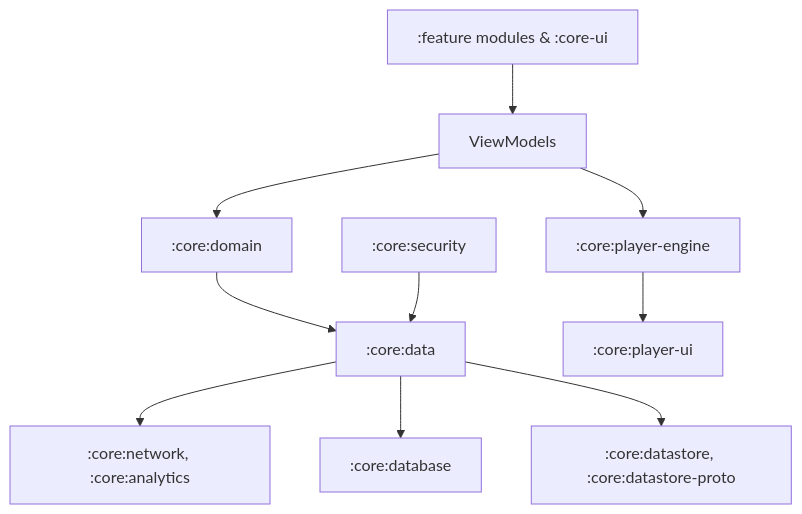
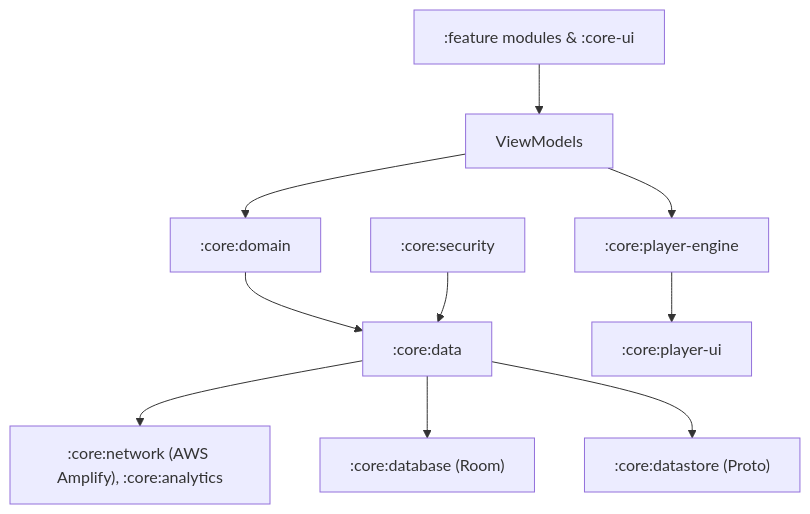
One commit to harrykibet/RealEstateApp-Android changed the first of 5 diagrams in docs/ARCHITECTURE.md. Above: the diagram before and after it, drawn with Mermaid. The commit also changed other lines of this file and 7 other files, not shown here.

````diff
--- a/docs/ARCHITECTURE.md
+++ b/docs/ARCHITECTURE.md
@@ -5,9 +3,9 @@
 ```mermaid
 flowchart TD
-    UI[":feature modules & :core-ui"] --> VM["ViewModels"] --> Domain[":core:domain"] --> Repos[":core:data"] --> Services[":core:network, :core:analytics"]
-    Repos --> Database[":core:database"]
-    Repos --> Storage[":core:datastore, :core:datastore-proto"]
+    UI[":feature modules & :core-ui"] --> VM["ViewModels"] --> Domain[":core:domain"] --> Repos[":core:data"] --> Services[":core:network (AWS Amplify), :core:analytics"]
+    Repos --> Database[":core:database (Room)"]
+    Repos --> Storage[":core:datastore (Proto)"]
     VM --> Player[":core:player-engine"]
     Player --> PlayerUI[":core:player-ui"]
     Security[":core:security"] --> Repos
 ```
````
